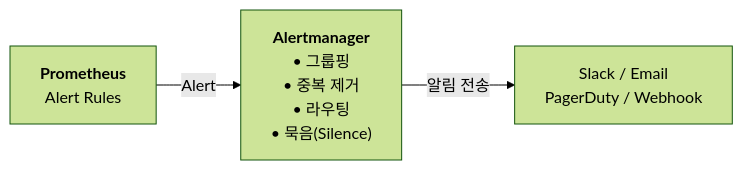
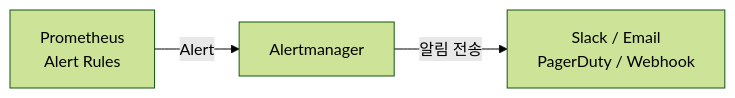
One commit to garlicKim21/kubernetes-onprem-training changed the third of 3 diagrams in day2/ch12-monitoring/README.md. Above: the diagram before and after it, drawn with Mermaid (forest theme). The commit also changed other lines of this file and 6 other files, not shown here.

````diff
--- a/day2/ch12-monitoring/README.md
+++ b/day2/ch12-monitoring/README.md
@@ -217,5 +217,5 @@
 ```mermaid
 graph LR
-    prom2["<b>Prometheus</b><br/>Alert Rules"] -- "Alert" --> am["<b>Alertmanager</b><br/>• 그룹핑<br/>• 중복 제거<br/>• 라우팅<br/>• 묵음(Silence)"]
+    prom2["Prometheus<br/>Alert Rules"] -- "Alert" --> am["Alertmanager"]
     am -- "알림 전송" --> targets["Slack / Email<br/>PagerDuty / Webhook"]
 ```
````
